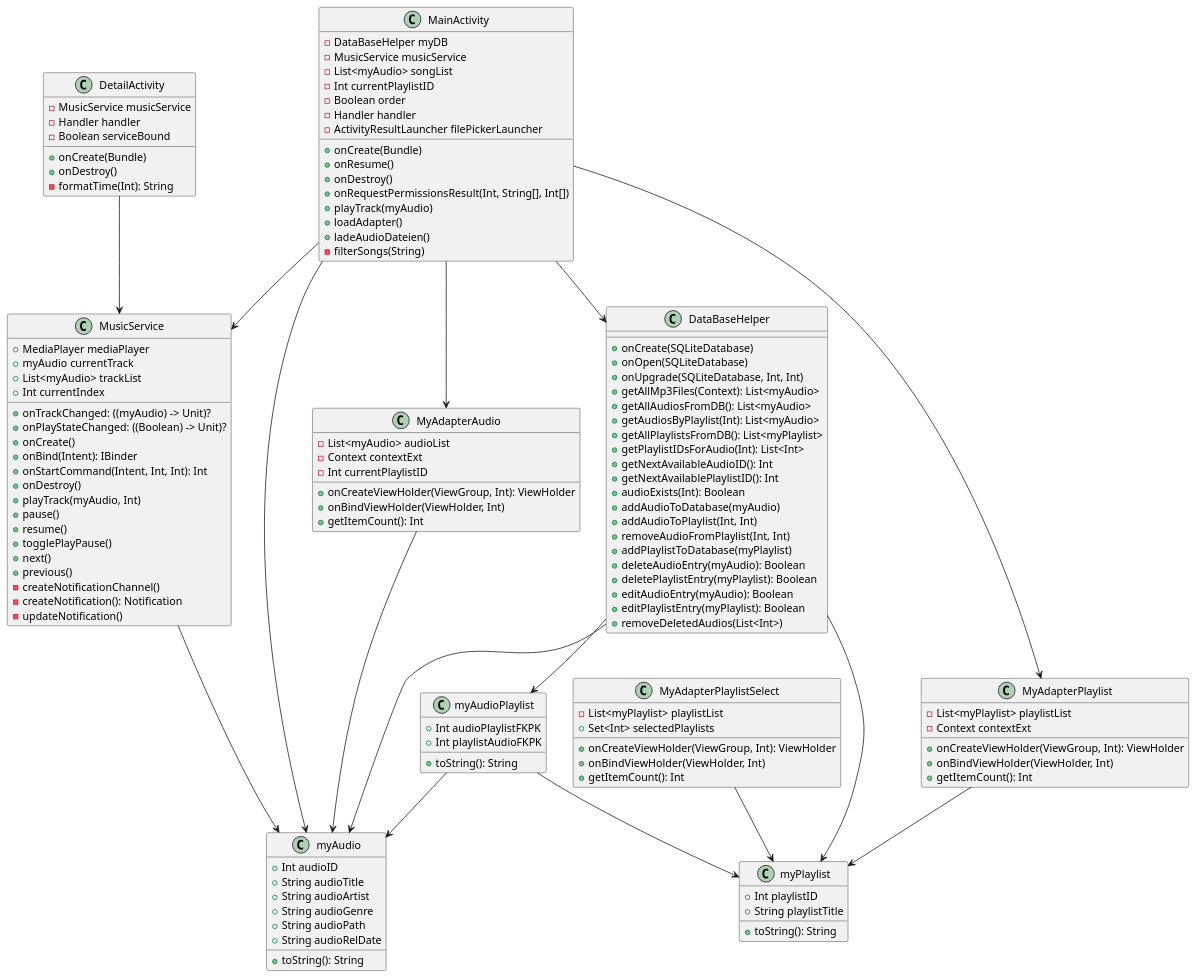
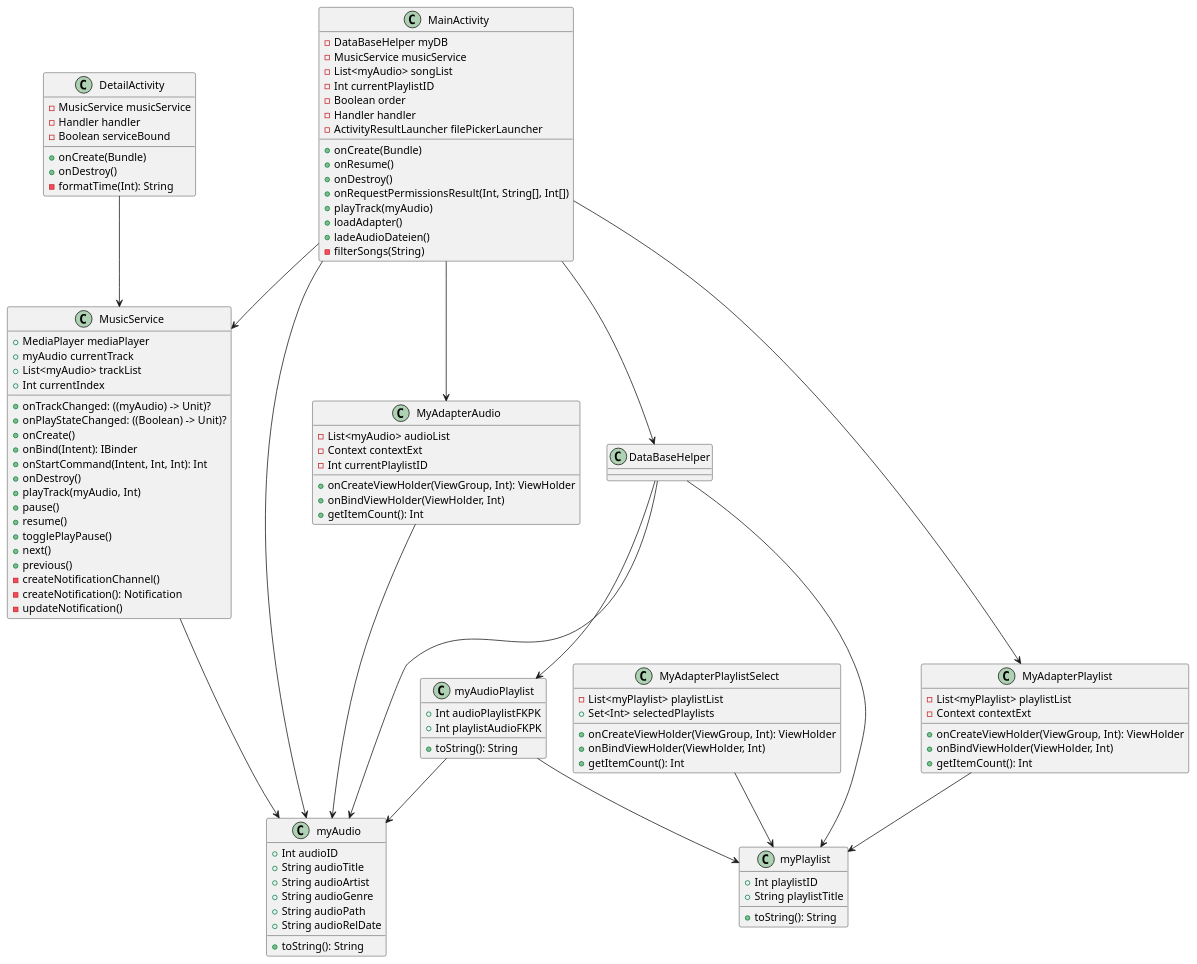
Before and after one commit to MatthiasWork/AndroidMusicPlayer: the diagram in DiagramTest.puml, drawn with PlantUML. The commit also changed 10 other files, not shown here.

```diff
--- a/DiagramTest.puml
+++ b/DiagramTest.puml
@@ -1,136 +1,116 @@
 @startuml
 class MainActivity {
   - DataBaseHelper myDB
   - MusicService musicService
   - List<myAudio> songList
   - Int currentPlaylistID
   - Boolean order
   - Handler handler
   - ActivityResultLauncher filePickerLauncher
   + onCreate(Bundle)
   + onResume()
   + onDestroy()
   + onRequestPermissionsResult(Int, String[], Int[])
   + playTrack(myAudio)
   + loadAdapter()
   + ladeAudioDateien()
   - filterSongs(String)
 }
 
 class DetailActivity {
   - MusicService musicService
   - Handler handler
   - Boolean serviceBound
   + onCreate(Bundle)
   + onDestroy()
   - formatTime(Int): String
 }
 
 class MusicService {
   + MediaPlayer mediaPlayer
   + myAudio currentTrack
   + List<myAudio> trackList
   + Int currentIndex
   + onTrackChanged: ((myAudio) -> Unit)?
   + onPlayStateChanged: ((Boolean) -> Unit)?
   + onCreate()
   + onBind(Intent): IBinder
   + onStartCommand(Intent, Int, Int): Int
   + onDestroy()
   + playTrack(myAudio, Int)
   + pause()
   + resume()
   + togglePlayPause()
   + next()
   + previous()
   - createNotificationChannel()
   - createNotification(): Notification
   - updateNotification()
 }
 
 class DataBaseHelper {
-  + onCreate(SQLiteDatabase)
-  + onOpen(SQLiteDatabase)
-  + onUpgrade(SQLiteDatabase, Int, Int)
-  + getAllMp3Files(Context): List<myAudio>
-  + getAllAudiosFromDB(): List<myAudio>
-  + getAudiosByPlaylist(Int): List<myAudio>
-  + getAllPlaylistsFromDB(): List<myPlaylist>
-  + getPlaylistIDsForAudio(Int): List<Int>
-  + getNextAvailableAudioID(): Int
-  + getNextAvailablePlaylistID(): Int
-  + audioExists(Int): Boolean
-  + addAudioToDatabase(myAudio)
-  + addAudioToPlaylist(Int, Int)
-  + removeAudioFromPlaylist(Int, Int)
-  + addPlaylistToDatabase(myPlaylist)
-  + deleteAudioEntry(myAudio): Boolean
-  + deletePlaylistEntry(myPlaylist): Boolean
-  + editAudioEntry(myAudio): Boolean
-  + editPlaylistEntry(myPlaylist): Boolean
-  + removeDeletedAudios(List<Int>)
 }
 
 class myAudio {
   + Int audioID
   + String audioTitle
   + String audioArtist
   + String audioGenre
   + String audioPath
   + String audioRelDate
   + toString(): String
 }
 
 class myPlaylist {
   + Int playlistID
   + String playlistTitle
   + toString(): String
 }
 
 class myAudioPlaylist {
   + Int audioPlaylistFKPK
   + Int playlistAudioFKPK
   + toString(): String
 }
 
 class MyAdapterAudio {
   - List<myAudio> audioList
   - Context contextExt
   - Int currentPlaylistID
   + onCreateViewHolder(ViewGroup, Int): ViewHolder
   + onBindViewHolder(ViewHolder, Int)
   + getItemCount(): Int
 }
 
 class MyAdapterPlaylist {
   - List<myPlaylist> playlistList
   - Context contextExt
   + onCreateViewHolder(ViewGroup, Int): ViewHolder
   + onBindViewHolder(ViewHolder, Int)
   + getItemCount(): Int
 }
 
 class MyAdapterPlaylistSelect {
   - List<myPlaylist> playlistList
   + Set<Int> selectedPlaylists
   + onCreateViewHolder(ViewGroup, Int): ViewHolder
   + onBindViewHolder(ViewHolder, Int)
   + getItemCount(): Int
 }
 
 MainActivity --> MusicService
 MainActivity --> DataBaseHelper
 MainActivity --> myAudio
 MainActivity --> MyAdapterAudio
 MainActivity --> MyAdapterPlaylist
 DetailActivity --> MusicService
 MusicService --> myAudio
 DataBaseHelper --> myAudio
 DataBaseHelper --> myPlaylist
 DataBaseHelper --> myAudioPlaylist
 MyAdapterAudio --> myAudio
 MyAdapterPlaylist --> myPlaylist
 MyAdapterPlaylistSelect --> myPlaylist
 myAudioPlaylist --> myAudio
 myAudioPlaylist --> myPlaylist
 @enduml
```
